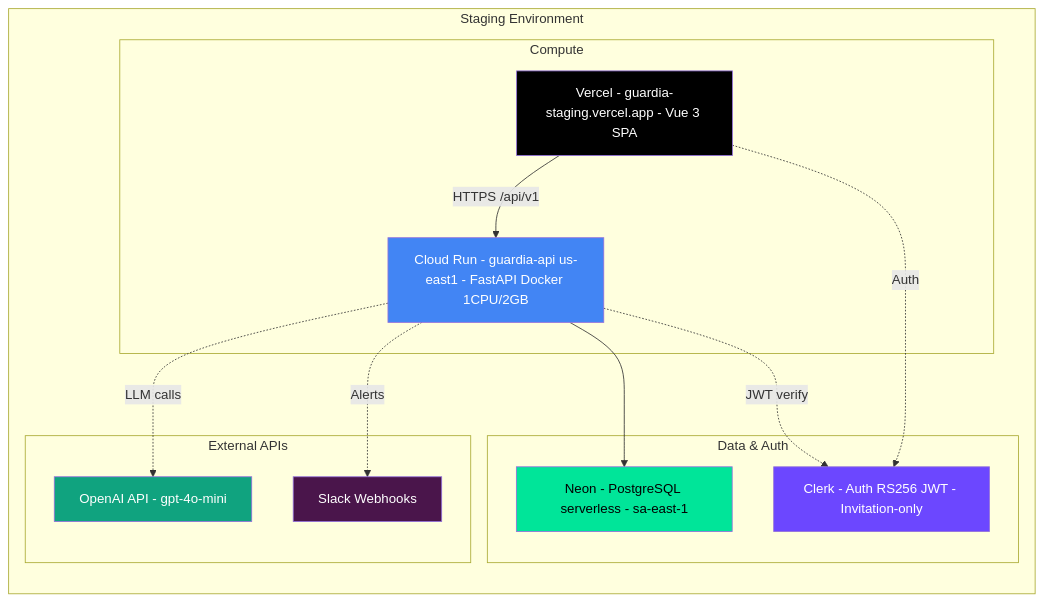
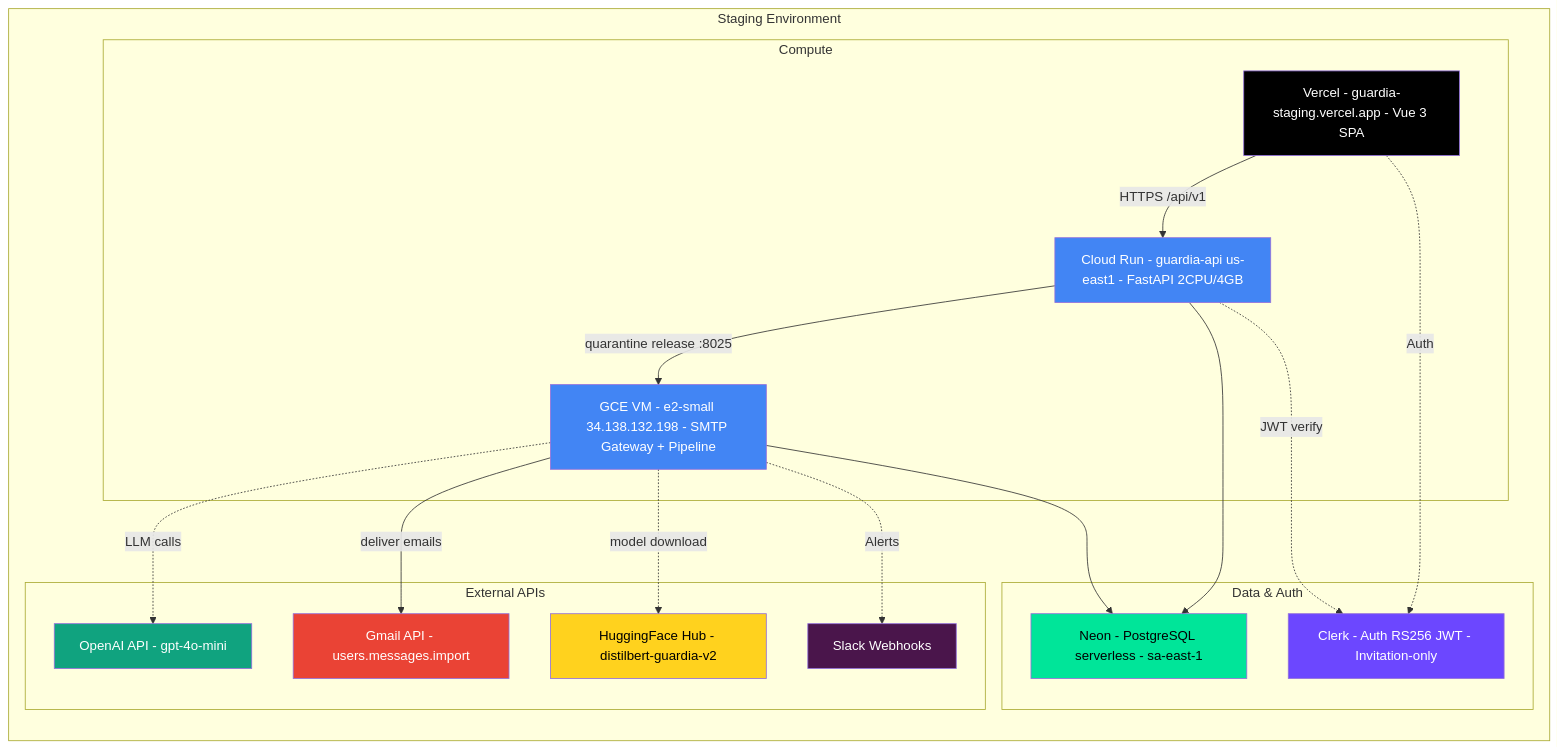
One commit to sogliano/guardia changed the seventh of 8 diagrams in docs/ARCHITECTURE.md. Above: the diagram before and after it, drawn with Mermaid. The commit also changed other lines of this file and 32 other files, not shown here.

First line of the commit message:
Gmail API delivery, internal API, quarantine release flow (#11)

````diff
--- a/docs/ARCHITECTURE.md
+++ b/docs/ARCHITECTURE.md
@@ -661,35 +699,45 @@
 ```mermaid
 graph TB
     subgraph Staging["Staging Environment"]
         direction TB
 
         subgraph Compute["Compute"]
             VERCEL["Vercel - guardia-staging.vercel.app - Vue 3 SPA"]
-            CLOUDRUN["Cloud Run - guardia-api us-east1 - FastAPI Docker 1CPU/2GB"]
+            CLOUDRUN["Cloud Run - guardia-api us-east1 - FastAPI 2CPU/4GB"]
+            GCE["GCE VM - e2-small 34.138.132.198 - SMTP Gateway + Pipeline"]
         end
 
         subgraph Data["Data & Auth"]
             NEON["Neon - PostgreSQL serverless - sa-east-1"]
             CLERK2["Clerk - Auth RS256 JWT - Invitation-only"]
         end
 
         subgraph APIs["External APIs"]
             OAI["OpenAI API - gpt-4o-mini"]
+            GMAIL["Gmail API - users.messages.import"]
+            HF2["HuggingFace Hub - distilbert-guardia-v2"]
             SLACK2["Slack Webhooks"]
         end
     end
 
     VERCEL -->|"HTTPS /api/v1"| CLOUDRUN
     CLOUDRUN --> NEON
+    CLOUDRUN -->|"quarantine release :8025"| GCE
+    GCE --> NEON
+    GCE -->|"deliver emails"| GMAIL
+    GCE -.->|LLM calls| OAI
+    GCE -.->|model download| HF2
+    GCE -.->|Alerts| SLACK2
     VERCEL -.->|Auth| CLERK2
     CLOUDRUN -.->|JWT verify| CLERK2
-    CLOUDRUN -.->|LLM calls| OAI
-    CLOUDRUN -.->|Alerts| SLACK2
 
     style VERCEL fill:#000,color:#fff
     style CLOUDRUN fill:#4285f4,color:#fff
+    style GCE fill:#4285f4,color:#fff
     style NEON fill:#00e599,color:#000
     style CLERK2 fill:#6c47ff,color:#fff
     style OAI fill:#10a37f,color:#fff
+    style GMAIL fill:#ea4335,color:#fff
+    style HF2 fill:#ffd21e,color:#000
     style SLACK2 fill:#4a154b,color:#fff
 ```
````
